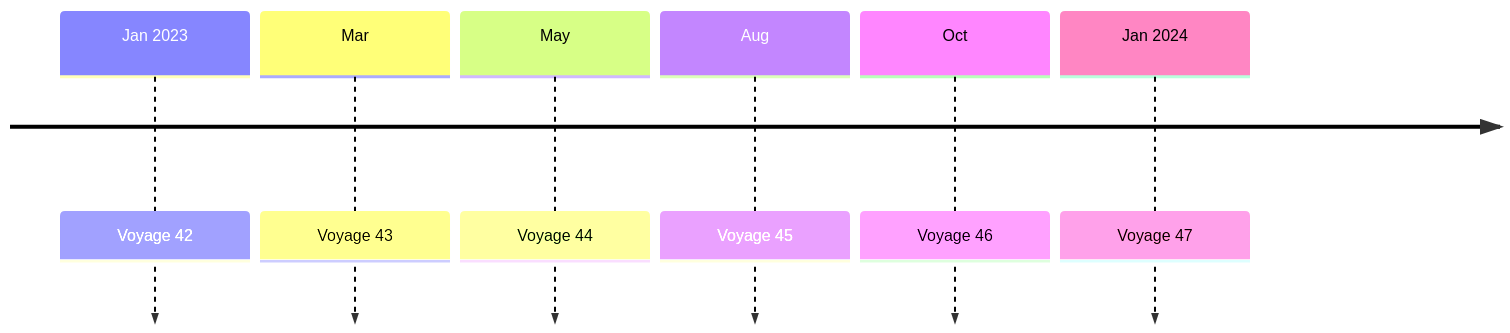
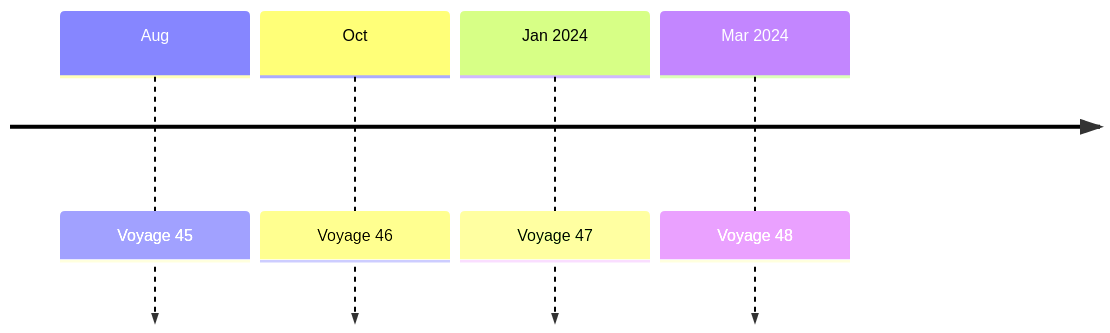
Before and after one commit to chingu-voyages/Handbook: the diagram in docs/guides/voyage/voyage.md, drawn with Mermaid. The commit also changed other lines of this file, not shown here.

Commit message:
Feature: Update voyage timeline

````diff
--- a/docs/guides/voyage/voyage.md
+++ b/docs/guides/voyage/voyage.md
@@ -17,9 +17,7 @@
 ```mermaid
   timeline
-    Jan 2023 : Voyage 42
-    Mar : Voyage 43
-    May : Voyage 44
     Aug : Voyage 45
     Oct : Voyage 46
     Jan 2024 : Voyage 47
+    Mar 2024 : Voyage 48
 ```
````
